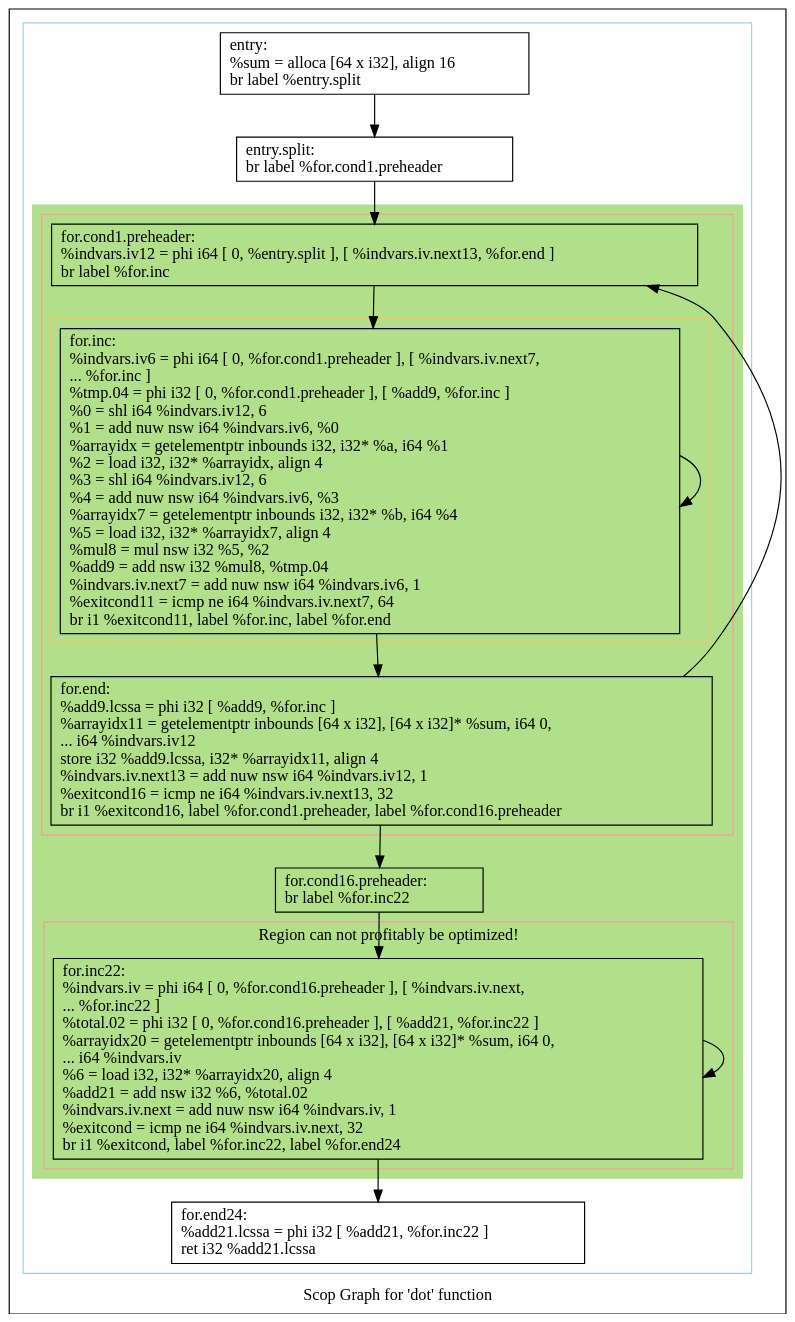
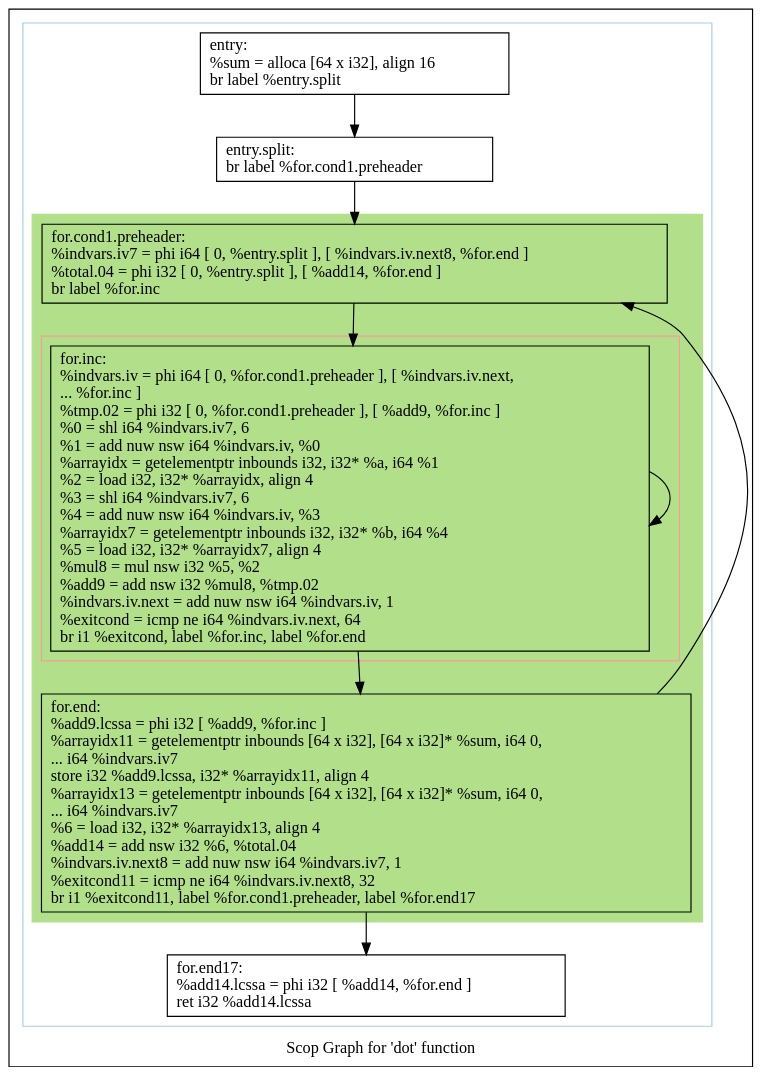
One commit to samminweng/WhileyOpenCL changed the diagram in polly/MatrixMult/impl/handwritten3/dot/scops.dot.dot. Above: the diagram before and after it, drawn with Graphviz. The commit also changed 19 other files, not shown here.

```diff
--- a/polly/MatrixMult/impl/handwritten3/dot/scops.dot.dot
+++ b/polly/MatrixMult/impl/handwritten3/dot/scops.dot.dot
@@ -1,55 +1,38 @@
 digraph "Scop Graph for 'dot' function" {
 	label="Scop Graph for 'dot' function";
 
-	Node0x520f570 [shape=record,label="{entry:\l  %sum = alloca [64 x i32], align 16\l  br label %entry.split\l}"];
-	Node0x520f570 -> Node0x521f2a0;
-	Node0x521f2a0 [shape=record,label="{entry.split:                                      \l  br label %for.cond1.preheader\l}"];
-	Node0x521f2a0 -> Node0x520d7e0;
-	Node0x520d7e0 [shape=record,label="{for.cond1.preheader:                              \l  %indvars.iv12 = phi i64 [ 0, %entry.split ], [ %indvars.iv.next13, %for.end ]\l  br label %for.inc\l}"];
-	Node0x520d7e0 -> Node0x521cf10;
-	Node0x521cf10 [shape=record,label="{for.inc:                                          \l  %indvars.iv6 = phi i64 [ 0, %for.cond1.preheader ], [ %indvars.iv.next7,\l... %for.inc ]\l  %tmp.04 = phi i32 [ 0, %for.cond1.preheader ], [ %add9, %for.inc ]\l  %0 = shl i64 %indvars.iv12, 6\l  %1 = add nuw nsw i64 %indvars.iv6, %0\l  %arrayidx = getelementptr inbounds i32, i32* %a, i64 %1\l  %2 = load i32, i32* %arrayidx, align 4\l  %3 = shl i64 %indvars.iv12, 6\l  %4 = add nuw nsw i64 %indvars.iv6, %3\l  %arrayidx7 = getelementptr inbounds i32, i32* %b, i64 %4\l  %5 = load i32, i32* %arrayidx7, align 4\l  %mul8 = mul nsw i32 %5, %2\l  %add9 = add nsw i32 %mul8, %tmp.04\l  %indvars.iv.next7 = add nuw nsw i64 %indvars.iv6, 1\l  %exitcond11 = icmp ne i64 %indvars.iv.next7, 64\l  br i1 %exitcond11, label %for.inc, label %for.end\l}"];
-	Node0x521cf10 -> Node0x521cf10[constraint=false];
-	Node0x521cf10 -> Node0x521abc0;
-	Node0x521abc0 [shape=record,label="{for.end:                                          \l  %add9.lcssa = phi i32 [ %add9, %for.inc ]\l  %arrayidx11 = getelementptr inbounds [64 x i32], [64 x i32]* %sum, i64 0,\l... i64 %indvars.iv12\l  store i32 %add9.lcssa, i32* %arrayidx11, align 4\l  %indvars.iv.next13 = add nuw nsw i64 %indvars.iv12, 1\l  %exitcond16 = icmp ne i64 %indvars.iv.next13, 32\l  br i1 %exitcond16, label %for.cond1.preheader, label %for.cond16.preheader\l}"];
-	Node0x521abc0 -> Node0x520d7e0[constraint=false];
-	Node0x521abc0 -> Node0x521b550;
-	Node0x521b550 [shape=record,label="{for.cond16.preheader:                             \l  br label %for.inc22\l}"];
-	Node0x521b550 -> Node0x521b4f0;
-	Node0x521b4f0 [shape=record,label="{for.inc22:                                        \l  %indvars.iv = phi i64 [ 0, %for.cond16.preheader ], [ %indvars.iv.next,\l... %for.inc22 ]\l  %total.02 = phi i32 [ 0, %for.cond16.preheader ], [ %add21, %for.inc22 ]\l  %arrayidx20 = getelementptr inbounds [64 x i32], [64 x i32]* %sum, i64 0,\l... i64 %indvars.iv\l  %6 = load i32, i32* %arrayidx20, align 4\l  %add21 = add nsw i32 %6, %total.02\l  %indvars.iv.next = add nuw nsw i64 %indvars.iv, 1\l  %exitcond = icmp ne i64 %indvars.iv.next, 32\l  br i1 %exitcond, label %for.inc22, label %for.end24\l}"];
-	Node0x521b4f0 -> Node0x521b4f0[constraint=false];
-	Node0x521b4f0 -> Node0x521d0e0;
-	Node0x521d0e0 [shape=record,label="{for.end24:                                        \l  %add21.lcssa = phi i32 [ %add21, %for.inc22 ]\l  ret i32 %add21.lcssa\l}"];
+	Node0x4def3a0 [shape=record,label="{entry:\l  %sum = alloca [64 x i32], align 16\l  br label %entry.split\l}"];
+	Node0x4def3a0 -> Node0x4dc5370;
+	Node0x4dc5370 [shape=record,label="{entry.split:                                      \l  br label %for.cond1.preheader\l}"];
+	Node0x4dc5370 -> Node0x4def4e0;
+	Node0x4def4e0 [shape=record,label="{for.cond1.preheader:                              \l  %indvars.iv7 = phi i64 [ 0, %entry.split ], [ %indvars.iv.next8, %for.end ]\l  %total.04 = phi i32 [ 0, %entry.split ], [ %add14, %for.end ]\l  br label %for.inc\l}"];
+	Node0x4def4e0 -> Node0x4ddba10;
+	Node0x4ddba10 [shape=record,label="{for.inc:                                          \l  %indvars.iv = phi i64 [ 0, %for.cond1.preheader ], [ %indvars.iv.next,\l... %for.inc ]\l  %tmp.02 = phi i32 [ 0, %for.cond1.preheader ], [ %add9, %for.inc ]\l  %0 = shl i64 %indvars.iv7, 6\l  %1 = add nuw nsw i64 %indvars.iv, %0\l  %arrayidx = getelementptr inbounds i32, i32* %a, i64 %1\l  %2 = load i32, i32* %arrayidx, align 4\l  %3 = shl i64 %indvars.iv7, 6\l  %4 = add nuw nsw i64 %indvars.iv, %3\l  %arrayidx7 = getelementptr inbounds i32, i32* %b, i64 %4\l  %5 = load i32, i32* %arrayidx7, align 4\l  %mul8 = mul nsw i32 %5, %2\l  %add9 = add nsw i32 %mul8, %tmp.02\l  %indvars.iv.next = add nuw nsw i64 %indvars.iv, 1\l  %exitcond = icmp ne i64 %indvars.iv.next, 64\l  br i1 %exitcond, label %for.inc, label %for.end\l}"];
+	Node0x4ddba10 -> Node0x4ddba10[constraint=false];
+	Node0x4ddba10 -> Node0x4ddb980;
+	Node0x4ddb980 [shape=record,label="{for.end:                                          \l  %add9.lcssa = phi i32 [ %add9, %for.inc ]\l  %arrayidx11 = getelementptr inbounds [64 x i32], [64 x i32]* %sum, i64 0,\l... i64 %indvars.iv7\l  store i32 %add9.lcssa, i32* %arrayidx11, align 4\l  %arrayidx13 = getelementptr inbounds [64 x i32], [64 x i32]* %sum, i64 0,\l... i64 %indvars.iv7\l  %6 = load i32, i32* %arrayidx13, align 4\l  %add14 = add nsw i32 %6, %total.04\l  %indvars.iv.next8 = add nuw nsw i64 %indvars.iv7, 1\l  %exitcond11 = icmp ne i64 %indvars.iv.next8, 32\l  br i1 %exitcond11, label %for.cond1.preheader, label %for.end17\l}"];
+	Node0x4ddb980 -> Node0x4def4e0[constraint=false];
+	Node0x4ddb980 -> Node0x4ddba70;
+	Node0x4ddba70 [shape=record,label="{for.end17:                                        \l  %add14.lcssa = phi i32 [ %add14, %for.end ]\l  ret i32 %add14.lcssa\l}"];
 	colorscheme = "paired12"
-        subgraph cluster_0x520d8a0 {
+        subgraph cluster_0x4ddd2e0 {
           label = "";
           style = solid;
           color = 1
-          subgraph cluster_0x52219e0 {
+          subgraph cluster_0x4ddd360 {
             label = "";
             style = filled;
-            color = 3            subgraph cluster_0x521f360 {
+            color = 3            subgraph cluster_0x4dc5420 {
               label = "";
               style = solid;
               color = 5
-              subgraph cluster_0x520d920 {
-                label = "";
-                style = solid;
-                color = 7
-                Node0x521cf10;
-              }
-              Node0x520d7e0;
-              Node0x521abc0;
+              Node0x4ddba10;
             }
-            subgraph cluster_0x521cb40 {
-              label = "Region can not profitably be optimized!";
-              style = solid;
-              color = 5
-              Node0x521b4f0;
-            }
-            Node0x521b550;
+            Node0x4def4e0;
+            Node0x4ddb980;
           }
-          Node0x520f570;
-          Node0x521f2a0;
-          Node0x521d0e0;
+          Node0x4def3a0;
+          Node0x4dc5370;
+          Node0x4ddba70;
         }
 }
```
